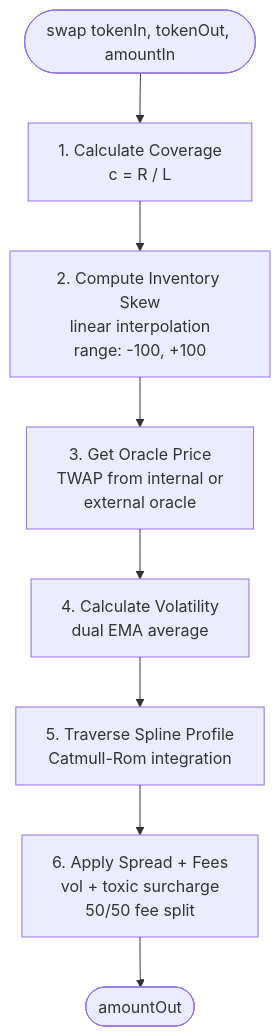
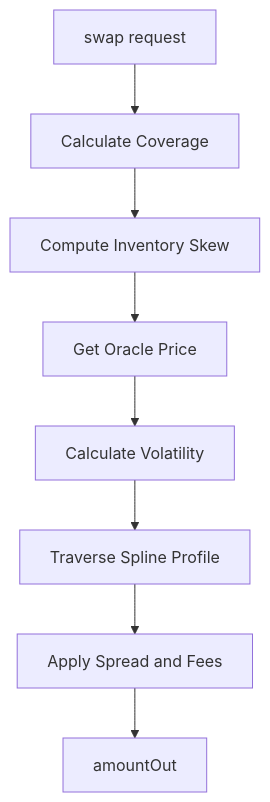
The second of 4 diagrams in docs/1. AIMM/Overview.md (btr-protocol/dex), drawn with Mermaid before and after one commit. The commit also changed other lines of this file and 27 other files, not shown here.

````diff
--- a/docs/1. AIMM/Overview.md
+++ b/docs/1. AIMM/Overview.md
@@ -68,11 +68,10 @@
 ```mermaid
 graph TB
-    Start([swap tokenIn, tokenOut, amountIn]) --> Step1
-    Step1[1. Calculate Coverage<br/>c = R / L] --> Step2
-    Step2[2. Compute Inventory Skew<br/>linear interpolation<br/>range: -100, +100] --> Step3
-    Step3[3. Get Oracle Price<br/>TWAP from internal or<br/>external oracle] --> Step4
-    Step4[4. Calculate Volatility<br/>dual EMA average] --> Step5
-    Step5[5. Traverse Spline Profile<br/>Catmull-Rom integration] --> Step6
-    Step6[6. Apply Spread + Fees<br/>vol + toxic surcharge<br/>50/50 fee split] --> End
-    End([amountOut])
+    Start[swap request] --> Step1[Calculate Coverage]
+    Step1 --> Step2[Compute Inventory Skew]
+    Step2 --> Step3[Get Oracle Price]
+    Step3 --> Step4[Calculate Volatility]
+    Step4 --> Step5[Traverse Spline Profile]
+    Step5 --> Step6[Apply Spread and Fees]
+    Step6 --> End[amountOut]
 ```
````
